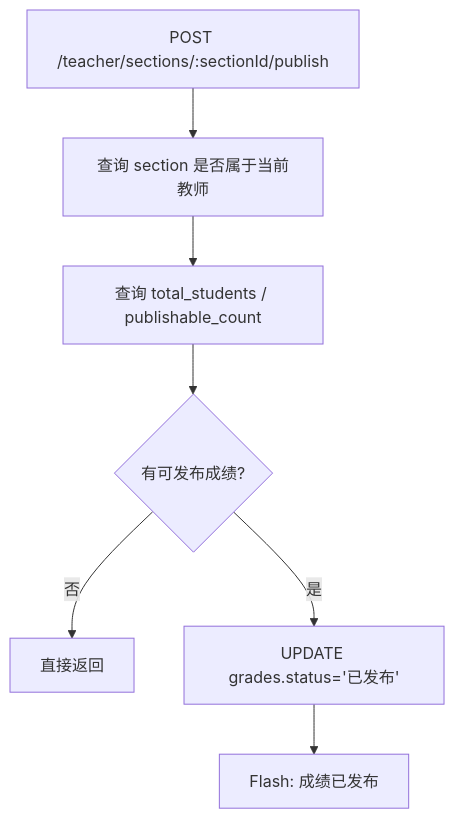
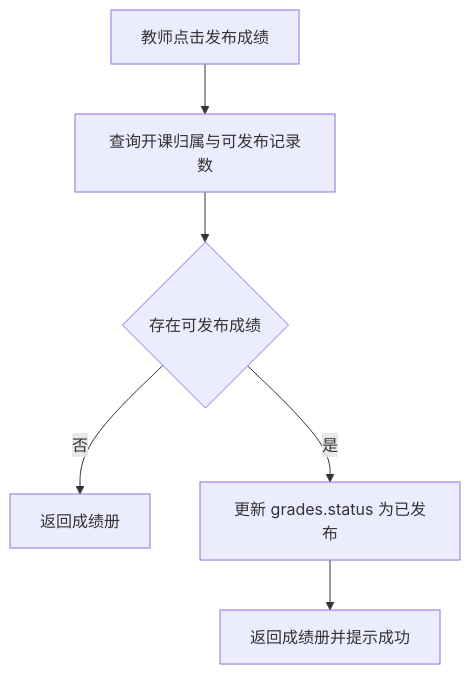
One commit to llkww/jiaoxue changed diagram 15 of 29 in docs/系统设计说明.md. Above: the diagram before and after it, drawn with Mermaid. The commit also changed other lines of this file and 1 other file, not shown here.

````diff
--- a/docs/系统设计说明.md
+++ b/docs/系统设计说明.md
@@ -863,9 +841,8 @@
 ```mermaid
 flowchart TD
-  A[POST /teacher/sections/:sectionId/publish] --> B[查询 section 是否属于当前教师]
-  B --> C[查询 total_students / publishable_count]
-  C --> D{有可发布成绩?}
-  D -- 否 --> E[直接返回]
-  D -- 是 --> F[UPDATE grades.status='已发布']
-  F --> G[Flash: 成绩已发布]
+  A[教师点击发布成绩] --> B[查询开课归属与可发布记录数]
+  B --> C{存在可发布成绩}
+  C -- 否 --> D[返回成绩册]
+  C -- 是 --> E[更新 grades.status 为已发布]
+  E --> F[返回成绩册并提示成功]
 ```
````
